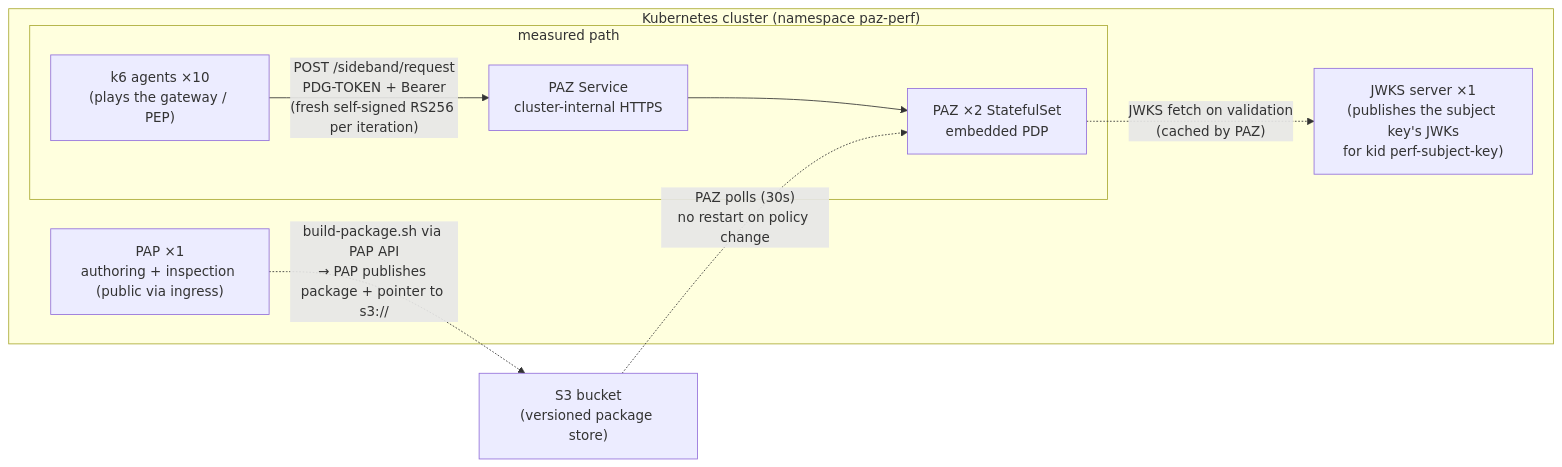
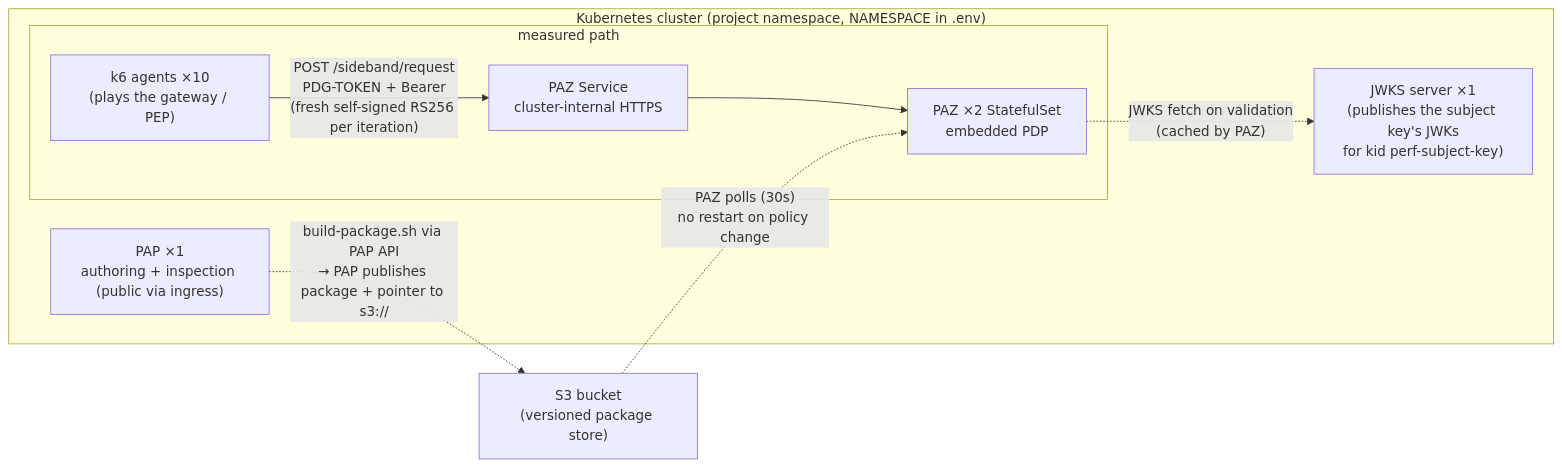
Before and after one commit to carbonefederico/pingauthorize-sideband-perf: the diagram in README.md, drawn with Mermaid. The commit also changed other lines of this file and 9 other files, not shown here.

````diff
--- a/README.md
+++ b/README.md
@@ -22,19 +22,19 @@
 ```mermaid
 flowchart LR
-    subgraph k8s["Kubernetes cluster (namespace paz-perf)"]
+    subgraph k8s["Kubernetes cluster (project namespace, NAMESPACE in .env)"]
         subgraph "measured path"
         k6["k6 agents ×10<br/>(plays the gateway / PEP)"]
         svc["PAZ Service<br/>cluster-internal HTTPS"]
         paz["PAZ ×2 StatefulSet<br/>embedded PDP"]
         end
         jwks["JWKS server ×1<br/>(publishes the subject key's JWKs<br/>for kid perf-subject-key)"]
         pap["PAP ×1<br/>authoring + inspection (public via ingress)"]
     end
     s3["S3 bucket<br/>(versioned package store)"]
 
     k6 -- "POST /sideband/request<br/>PDG-TOKEN + Bearer<br/>(fresh self-signed RS256 per iteration)" --> svc
     svc --> paz
     paz -. "JWKS fetch on validation<br/>(cached by PAZ)" .-> jwks
     pap -. "build-package.sh via PAP API<br/>→ PAP publishes package + pointer to s3://" .-> s3
     s3 -. "PAZ polls (30s)<br/>no restart on policy change" .-> paz
 ```
````
